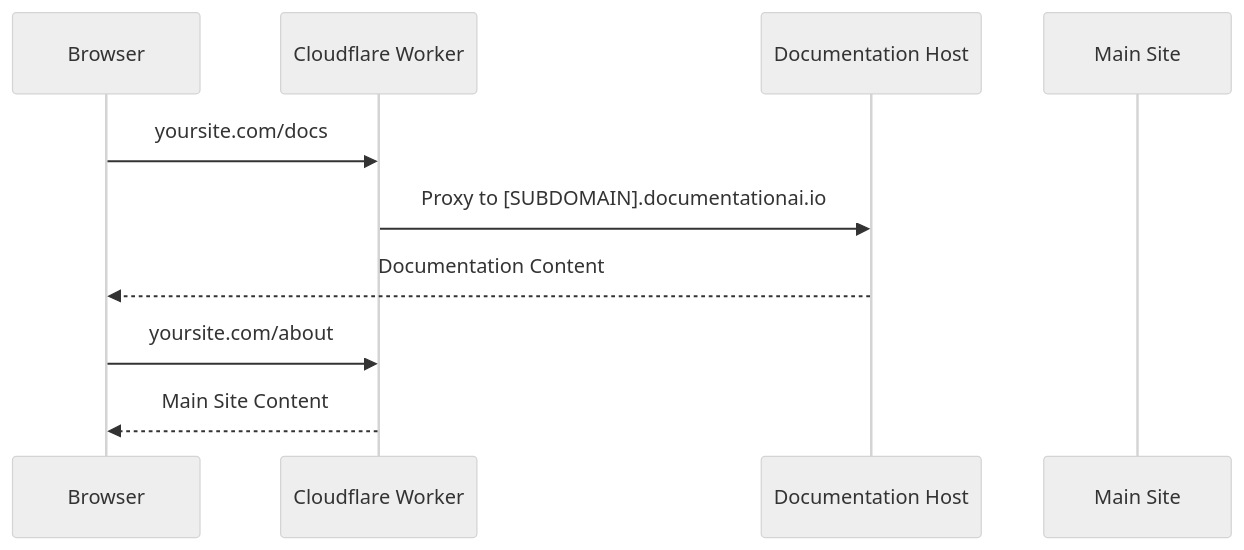
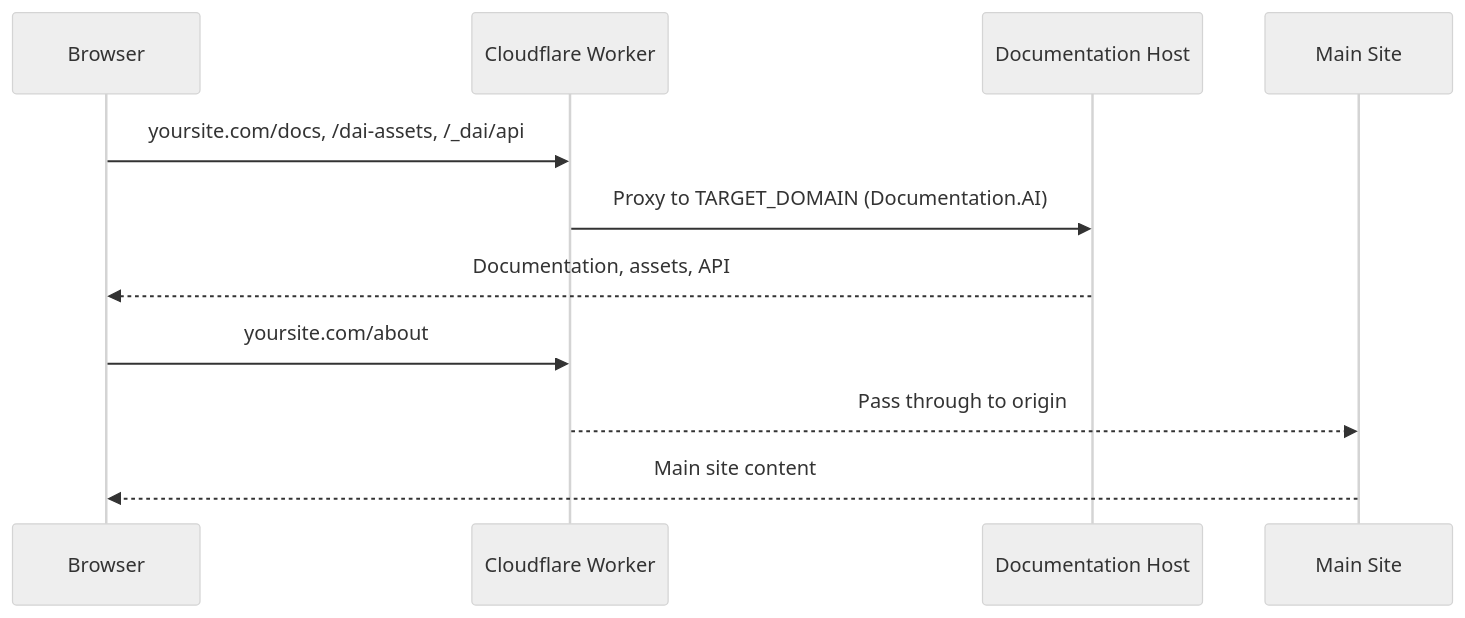
The diagram in customize/custom-subpath/cloudflare.mdx (documentation-ai/DocumentationAI-Docs), drawn with Mermaid (neutral theme) before and after one commit. The commit also changed other lines of this file, not shown here.

Commit message:
Documentation Updated Through Editor  by Accounts Documentation.AI

````diff
--- a/customize/custom-subpath/cloudflare.mdx
+++ b/customize/custom-subpath/cloudflare.mdx
@@ -16,14 +25,15 @@
 ```mermaid
 sequenceDiagram
     participant Browser
     participant Worker as Cloudflare Worker
     participant Docs as Documentation Host
     participant Main as Main Site
     
-    Browser->>Worker: yoursite.com/docs
-    Worker->>Docs: Proxy to [SUBDOMAIN].documentationai.io
-    Docs-->>Browser: Documentation Content
+    Browser->>Worker: yoursite.com/docs, /dai-assets, /_dai/api
+    Worker->>Docs: Proxy to TARGET_DOMAIN (Documentation.AI)
+    Docs-->>Browser: Documentation, assets, API
     
     Browser->>Worker: yoursite.com/about
-    Worker-->>Browser: Main Site Content
+    Worker-->>Main: Pass through to origin
+    Main-->>Browser: Main site content
 ```
````
